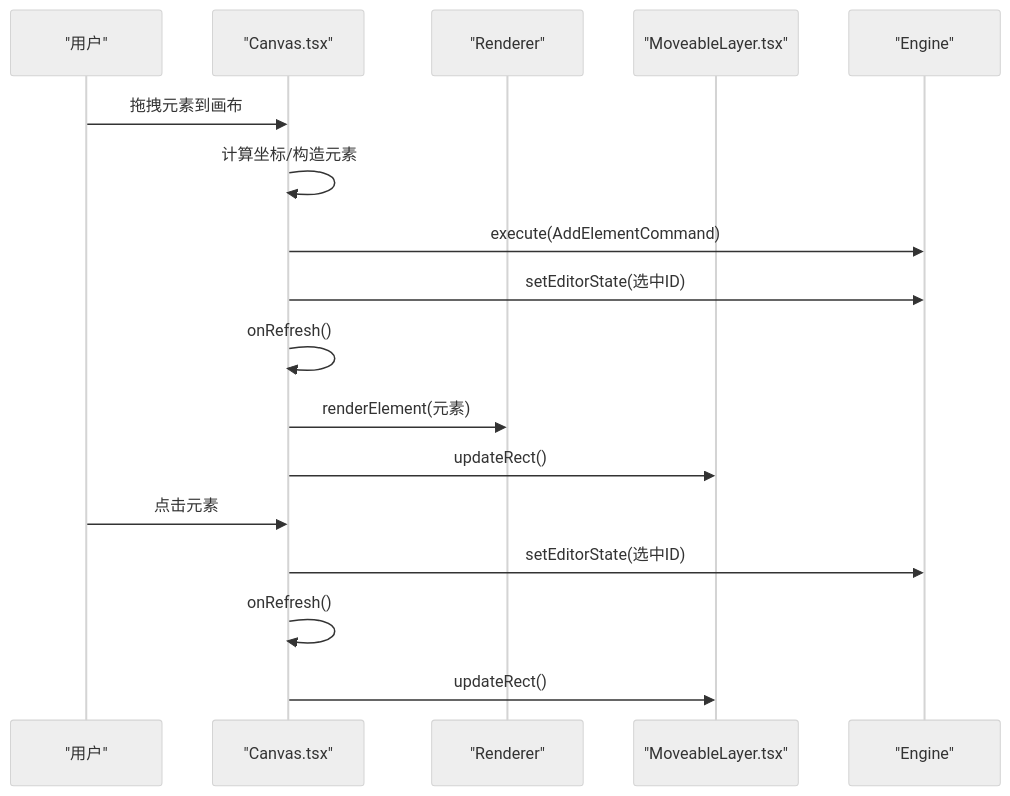
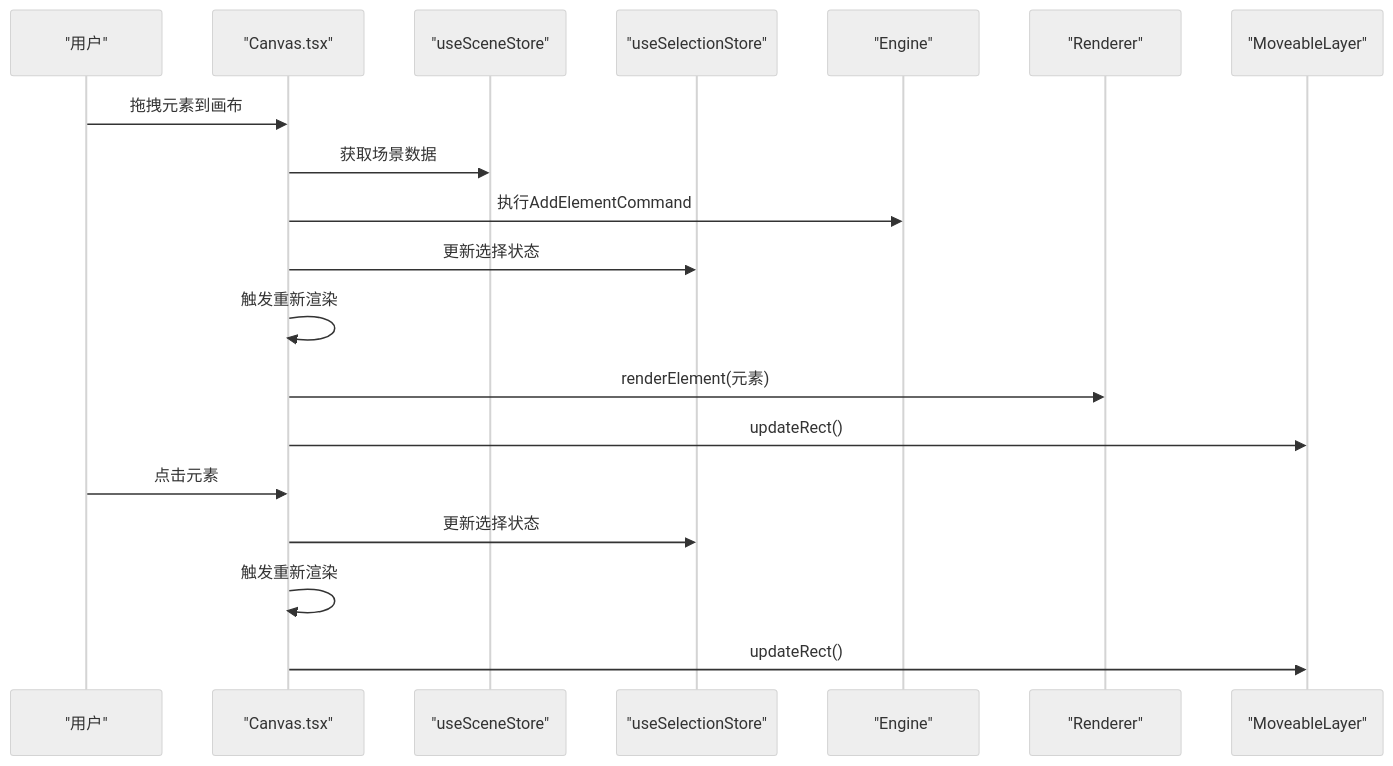
Before and after one commit to Anna0314zy/ai_editor_enginer: the fifth of 10 diagrams in .qoder/repowiki/zh/content/核心架构/组件交互.md, drawn with Mermaid (neutral theme). The commit also changed other lines of this file and 17 other files, not shown here.

````diff
--- a/.qoder/repowiki/zh/content/核心架构/组件交互.md
+++ b/.qoder/repowiki/zh/content/核心架构/组件交互.md
@@ -214,19 +289,21 @@
 ```mermaid
 sequenceDiagram
-participant U as "用户"
-participant C as "Canvas.tsx"
-participant R as "Renderer"
-participant M as "MoveableLayer.tsx"
-participant E as "Engine"
-U->>C : 拖拽元素到画布
-C->>C : 计算坐标/构造元素
-C->>E : execute(AddElementCommand)
-C->>E : setEditorState(选中ID)
-C->>C : onRefresh()
-C->>R : renderElement(元素)
-C->>M : updateRect()
-U->>C : 点击元素
-C->>E : setEditorState(选中ID)
-C->>C : onRefresh()
-C->>M : updateRect()
+participant USER as "用户"
+participant CANVAS as "Canvas.tsx"
+participant SCENEHOOK as "useSceneStore"
+participant SELHOOK as "useSelectionStore"
+participant ENGINE as "Engine"
+participant RENDER as "Renderer"
+participant MOVEABLE as "MoveableLayer"
+USER->>CANVAS : 拖拽元素到画布
+CANVAS->>SCENEHOOK : 获取场景数据
+CANVAS->>ENGINE : 执行AddElementCommand
+CANVAS->>SELHOOK : 更新选择状态
+CANVAS->>CANVAS : 触发重新渲染
+CANVAS->>RENDER : renderElement(元素)
+CANVAS->>MOVEABLE : updateRect()
+USER->>CANVAS : 点击元素
+CANVAS->>SELHOOK : 更新选择状态
+CANVAS->>CANVAS : 触发重新渲染
+CANVAS->>MOVEABLE : updateRect()
 ```
````
